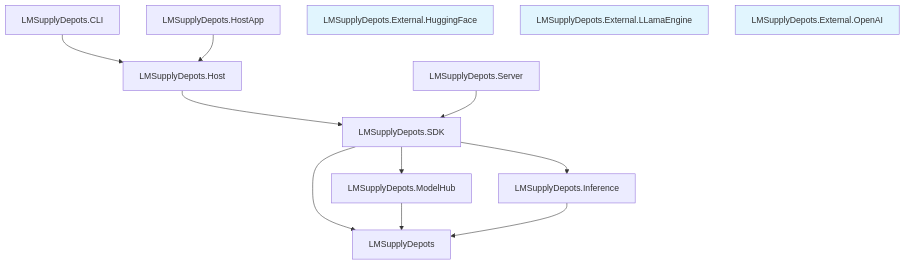
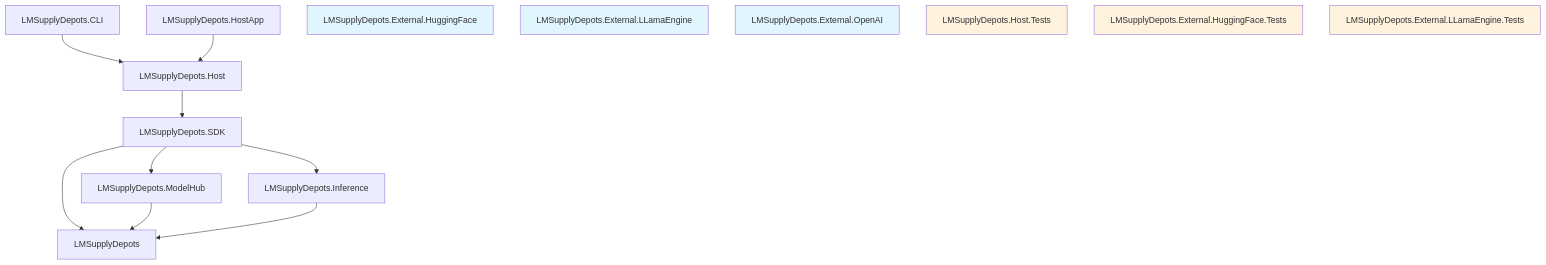
Before and after one commit to iyulab/LMSupplyDepot: the diagram in README.md, drawn with Mermaid. The commit also changed other lines of this file and 1 other file, not shown here.

````diff
--- a/README.md
+++ b/README.md
@@ -127,20 +127,26 @@
 ```mermaid
 graph TD
     A[LMSupplyDepots.CLI] --> B[LMSupplyDepots.Host]
     C[LMSupplyDepots.HostApp] --> B
     B --> D[LMSupplyDepots.SDK]
-    E[LMSupplyDepots.Server] --> D
     D --> F[LMSupplyDepots]
     D --> G[LMSupplyDepots.ModelHub]
     D --> H[LMSupplyDepots.Inference]
     G --> F
     H --> F
-    
+
     I[LMSupplyDepots.External.HuggingFace]
     J[LMSupplyDepots.External.LLamaEngine]
     K[LMSupplyDepots.External.OpenAI]
-    
+
+    L[LMSupplyDepots.Host.Tests]
+    M[LMSupplyDepots.External.HuggingFace.Tests]
+    N[LMSupplyDepots.External.LLamaEngine.Tests]
+
     style I fill:#e1f5fe
     style J fill:#e1f5fe
     style K fill:#e1f5fe
+    style L fill:#fff3e0
+    style M fill:#fff3e0
+    style N fill:#fff3e0
 ```
````
